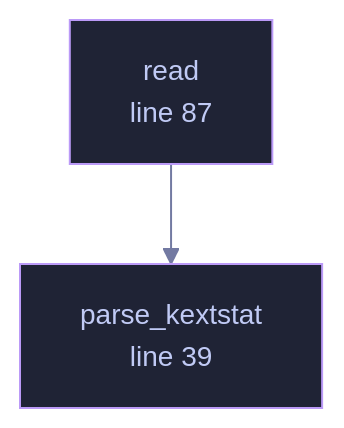
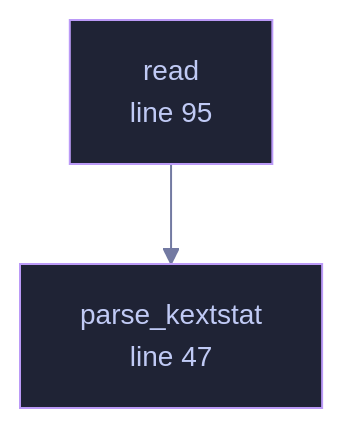
One commit to tilas01/veilvoice changed the diagram in wiki/File-veilvoice-drivers-macos.md. Above: the diagram before and after it, drawn with Mermaid. The commit also changed other lines of this file and 487 other files, not shown here.

````diff
--- a/wiki/File-veilvoice-drivers-macos.md
+++ b/wiki/File-veilvoice-drivers-macos.md
@@ -60,11 +69,11 @@
 ```mermaid
 %%{init: {"theme":"base","themeVariables":{"background":"#1a1b26","primaryColor":"#1f2335","primaryTextColor":"#c0caf5","primaryBorderColor":"#7aa2f7","secondaryColor":"#16161e","tertiaryColor":"#16161e","lineColor":"#737aa2","textColor":"#c0caf5","mainBkg":"#1f2335","nodeBorder":"#7aa2f7","clusterBkg":"#16161e","clusterBorder":"#2f3549","fontFamily":"ui-monospace, SFMono-Regular, Consolas, monospace","fontSize":"14px"}}}%%
 flowchart TD
-    n_parse_kextstat["parse_kextstat<br/>line 39"]
-    n_read["read<br/>line 87"]
+    n_parse_kextstat["parse_kextstat<br/>line 47"]
+    n_read["read<br/>line 95"]
     n_read --> n_parse_kextstat
-    click n_parse_kextstat href "https://github.com/tilas01/veilvoice/blob/main/crates/veilvoice-drivers/src/macos.rs#L39" "open the source"
-    click n_read href "https://github.com/tilas01/veilvoice/blob/main/crates/veilvoice-drivers/src/macos.rs#L87" "open the source"
+    click n_parse_kextstat href "https://github.com/tilas01/veilvoice/blob/main/crates/veilvoice-drivers/src/macos.rs#L47" "open the source"
+    click n_read href "https://github.com/tilas01/veilvoice/blob/main/crates/veilvoice-drivers/src/macos.rs#L95" "open the source"
     classDef helper fill:#1f2335,stroke:#bb9af7,color:#c0caf5
     class n_parse_kextstat,n_read helper
 ```
````
